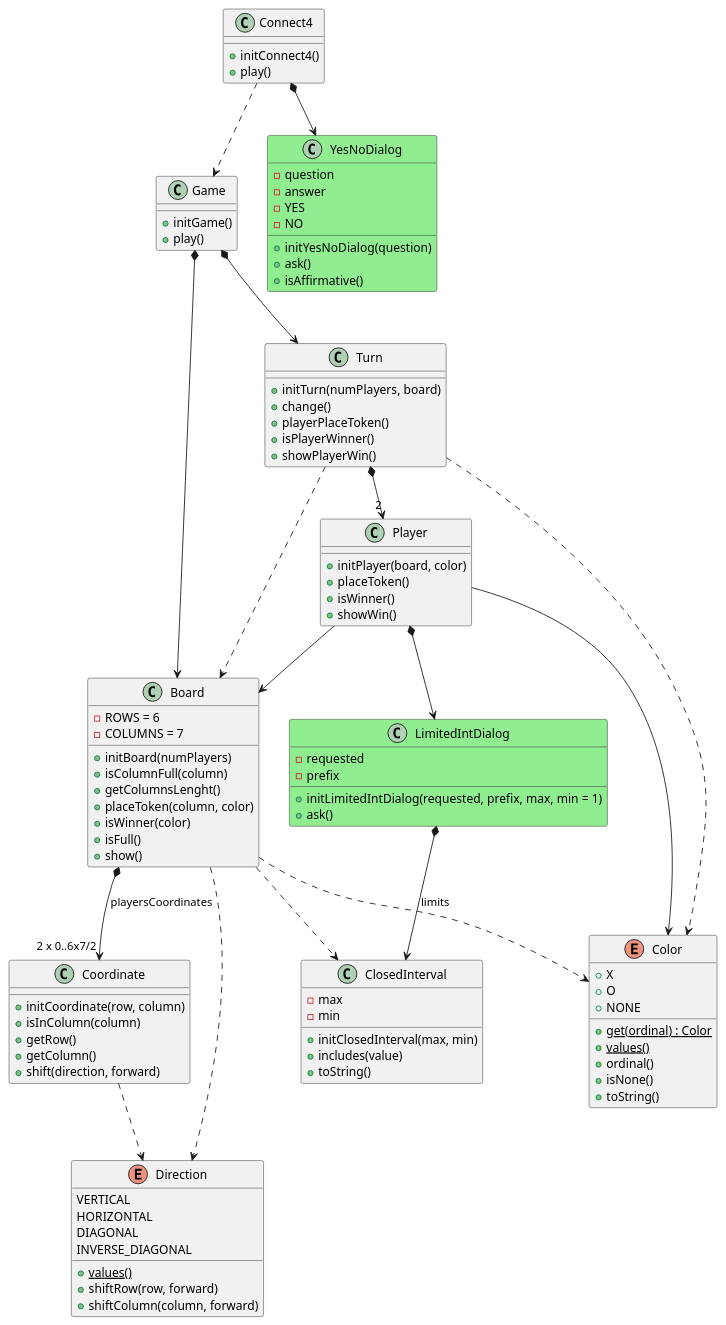
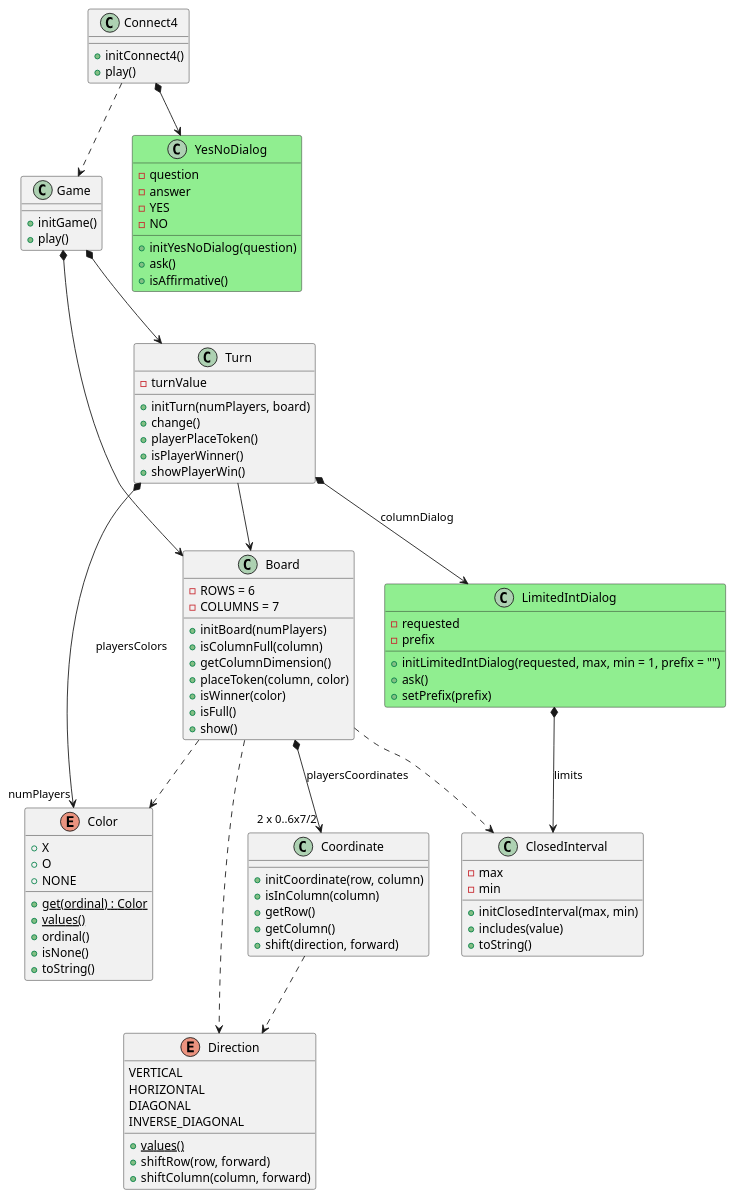
Before and after one commit to PabloMartinFluvia/myGame-connect4: the diagram in docs/dev-resume/src/analysis.plantuml, drawn with PlantUML. The commit also changed 3 other files, not shown here.

Commit message:
deleted Player. Turn assumes its responsibilites

```diff
--- a/docs/dev-resume/src/analysis.plantuml
+++ b/docs/dev-resume/src/analysis.plantuml
@@ -1,122 +1,114 @@
 @startuml analysis
 
 class Connect4 {
 
     + initConnect4()
     + play()
 }
 Connect4 ..> Game
 Connect4 *--> YesNoDialog
 
 class Game {     
 
     + initGame()
     + play()
 }
 Game *--> Turn
 Game *--> Board
 
 class Turn {
+    - turnValue
 
     + initTurn(numPlayers, board)    
     + change()      
     + playerPlaceToken()        
     + isPlayerWinner()
     + showPlayerWin()
 }
-Turn *--> "2" Player
-Turn ..> Board
-Turn ..> Color
+Turn *--> "numPlayers" Color : playersColors
+Turn --> Board
+Turn *--> LimitedIntDialog : columnDialog
 
-class Player {
-
-    + initPlayer(board, color)
-    + placeToken()
-    + isWinner()
-    + showWin()
-}
-Player --> Board
-Player --> Color
-Player *--> LimitedIntDialog
 
 class Board {
     - ROWS = 6
     - COLUMNS = 7
     
     + initBoard(numPlayers)
     + isColumnFull(column)
-    + getColumnsLenght()
+    + getColumnDimension()
     + placeToken(column, color)
     + isWinner(color)
     + isFull()
     + show()
 }
 Board ..> ClosedInterval
 Board *--> "2 x 0..6x7/2" Coordinate : playersCoordinates
 Board ..> Direction
 Board ..> Color
 
 class Coordinate {
     + initCoordinate(row, column)
     + isInColumn(column)
     + getRow()
     + getColumn()
     + shift(direction, forward)
 }
 Coordinate ..> Direction
 
 enum Direction {
     VERTICAL
     HORIZONTAL
     DIAGONAL
     INVERSE_DIAGONAL
 
     + {static} values()
     + shiftRow(row, forward)
     + shiftColumn(column, forward)
 }
 
 enum Color {
     + X
     + O   
     + NONE 
 
     + {static} get(ordinal) : Color  
     + {static} values()  
     + ordinal()
     + isNone()
     + toString()
 }
 
 class YesNoDialog #LightGreen {  
     - question
     - answer   
     - YES
     - NO
 
     + initYesNoDialog(question)
     + ask()
     + isAffirmative()
 }
 
 class LimitedIntDialog #LightGreen {
     - requested
     - prefix
     
 
-    + initLimitedIntDialog(requested, prefix, max, min = 1) 
+    + initLimitedIntDialog(requested, max, min = 1, prefix = "") 
     + ask()
+    + setPrefix(prefix)
 }
 LimitedIntDialog *--> ClosedInterval : limits
 
 class ClosedInterval {
     - max
     - min
 
     + initClosedInterval(max, min)
     + includes(value)
     + toString()
 }
 
 
 @enduml
```
